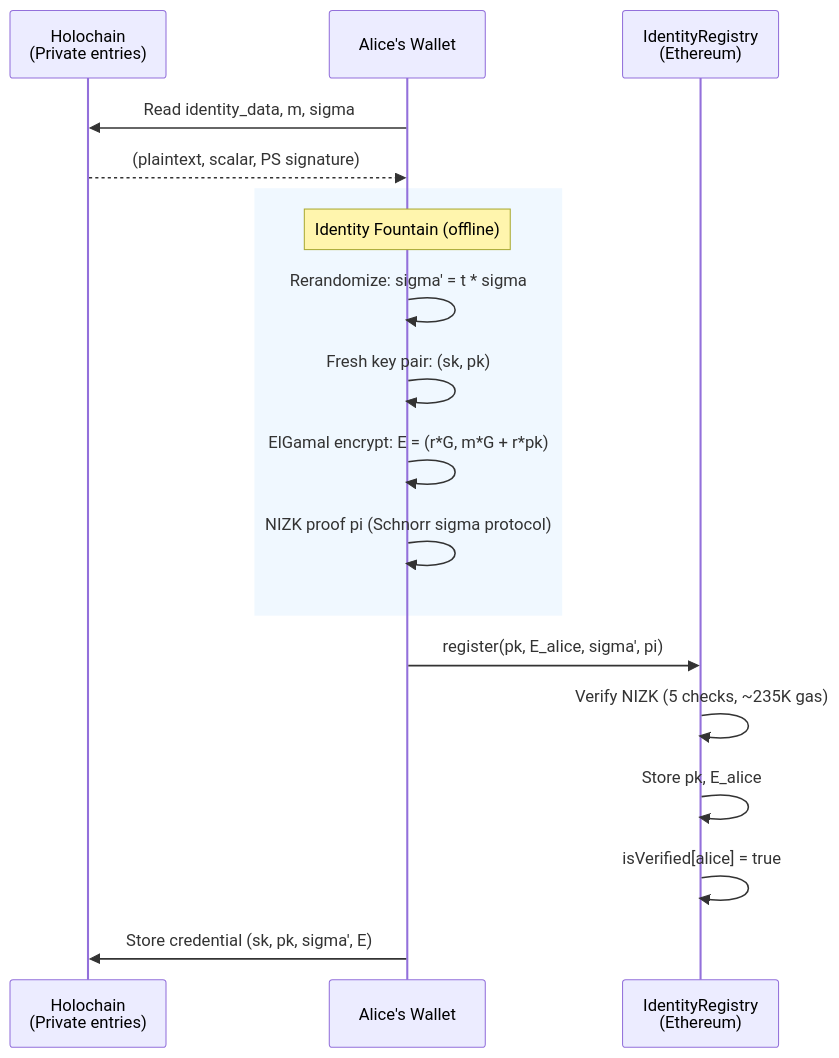
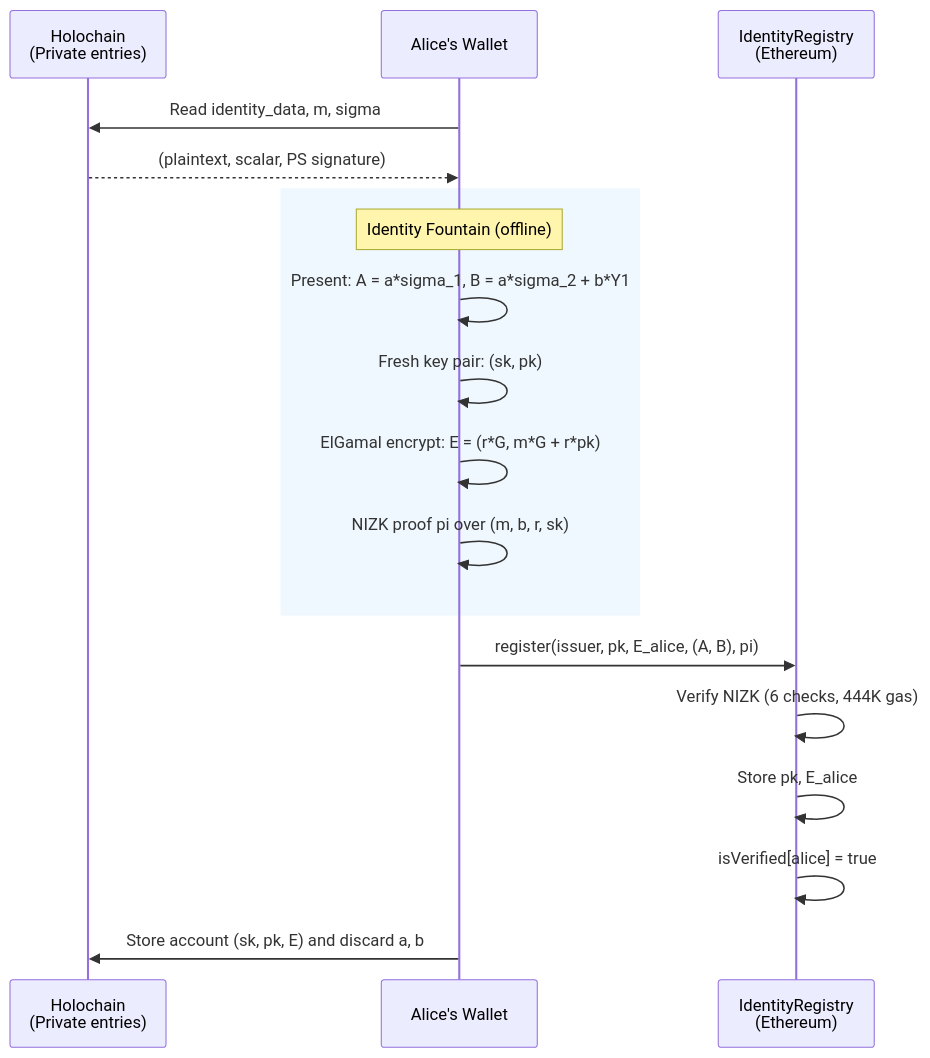
The first of 5 diagrams in alberta-buck-identity-example.org (alberta-buck/alberta-buck), drawn with Mermaid before and after one commit. The commit also changed other lines of this file and 6 other files, not shown here.

```diff
--- a/alberta-buck-identity-example.org
+++ b/alberta-buck-identity-example.org
@@ -109,24 +115,24 @@
    #+BEGIN_SRC mermaid :file ./images/registration-flow.png
    sequenceDiagram
        participant P as Holochain<br/>(Private entries)
        participant W as Alice's Wallet
        participant IR as IdentityRegistry<br/>(Ethereum)
 
        W->>P: Read identity_data, m, sigma
        P-->>W: (plaintext, scalar, PS signature)
 
        rect rgb(240, 248, 255)
        Note over W: Identity Fountain (offline)
-       W->>W: Rerandomize: sigma' = t * sigma
+       W->>W: Present: A = a*sigma_1, B = a*sigma_2 + b*Y1
        W->>W: Fresh key pair: (sk, pk)
        W->>W: ElGamal encrypt: E = (r*G, m*G + r*pk)
-       W->>W: NIZK proof pi (Schnorr sigma protocol)
+       W->>W: NIZK proof pi over (m, b, r, sk)
        end
 
-       W->>IR: register(pk, E_alice, sigma', pi)
-       IR->>IR: Verify NIZK (5 checks, ~235K gas)
+       W->>IR: register(issuer, pk, E_alice, (A, B), pi)
+       IR->>IR: Verify NIZK (6 checks, 444K gas)
        IR->>IR: Store pk, E_alice
        IR->>IR: isVerified[alice] = true
 
-       W->>P: Store credential (sk, pk, sigma', E)
+       W->>P: Store account (sk, pk, E) and discard a, b
    #+END_SRC
```
